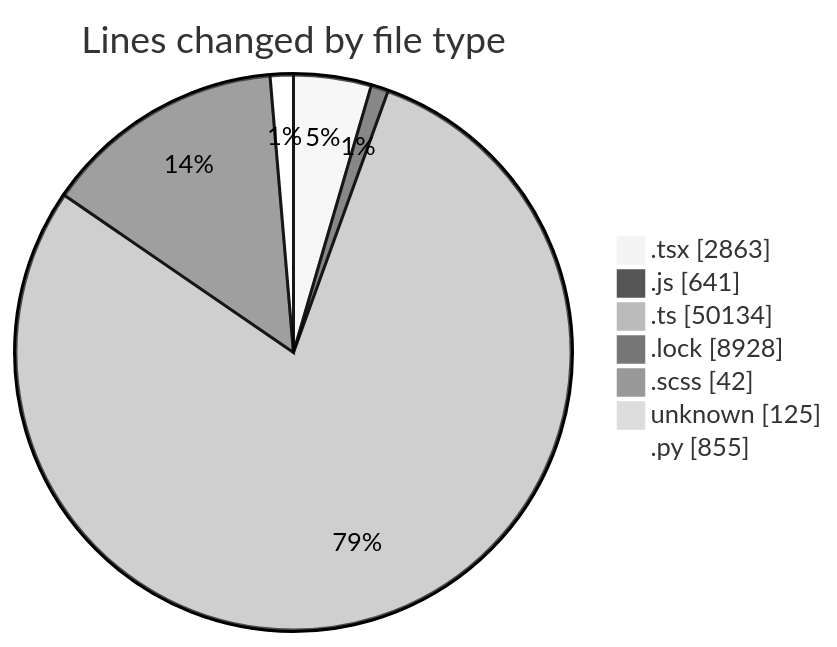
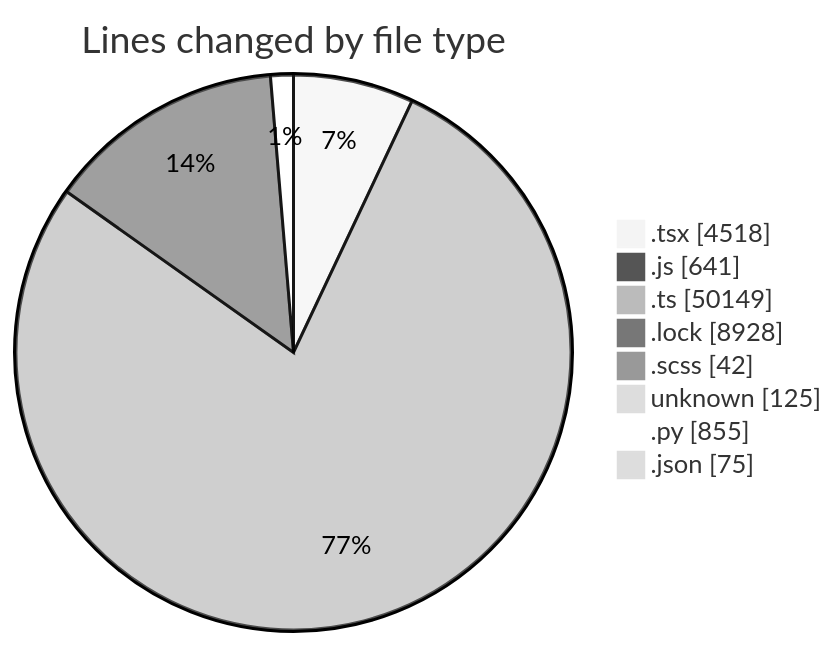
One commit to momahboobian/code-tracking changed the first of 2 diagrams in 2026-09-16/cda/README.md. Above: the diagram before and after it, drawn with Mermaid (neutral theme). The commit also changed other lines of this file and 1 other file, not shown here.

````diff
--- a/2026-09-16/cda/README.md
+++ b/2026-09-16/cda/README.md
@@ -63,11 +80,12 @@
 ```mermaid
 pie showData
 title Lines changed by file type
-".tsx" : 2863
+".tsx" : 4518
 ".js" : 641
-".ts" : 50134
+".ts" : 50149
 ".lock" : 8928
 ".scss" : 42
 "unknown" : 125
 ".py" : 855
+".json" : 75
 ```
````
